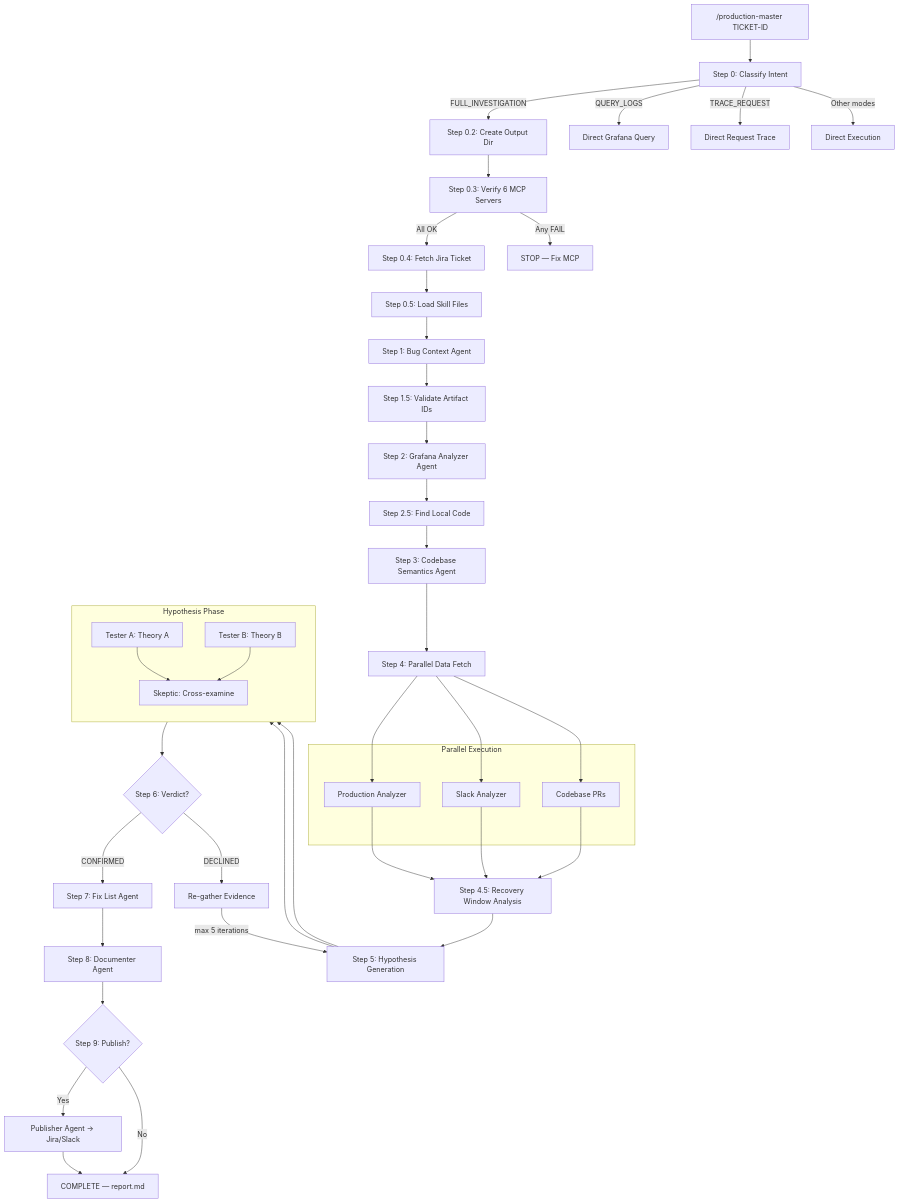
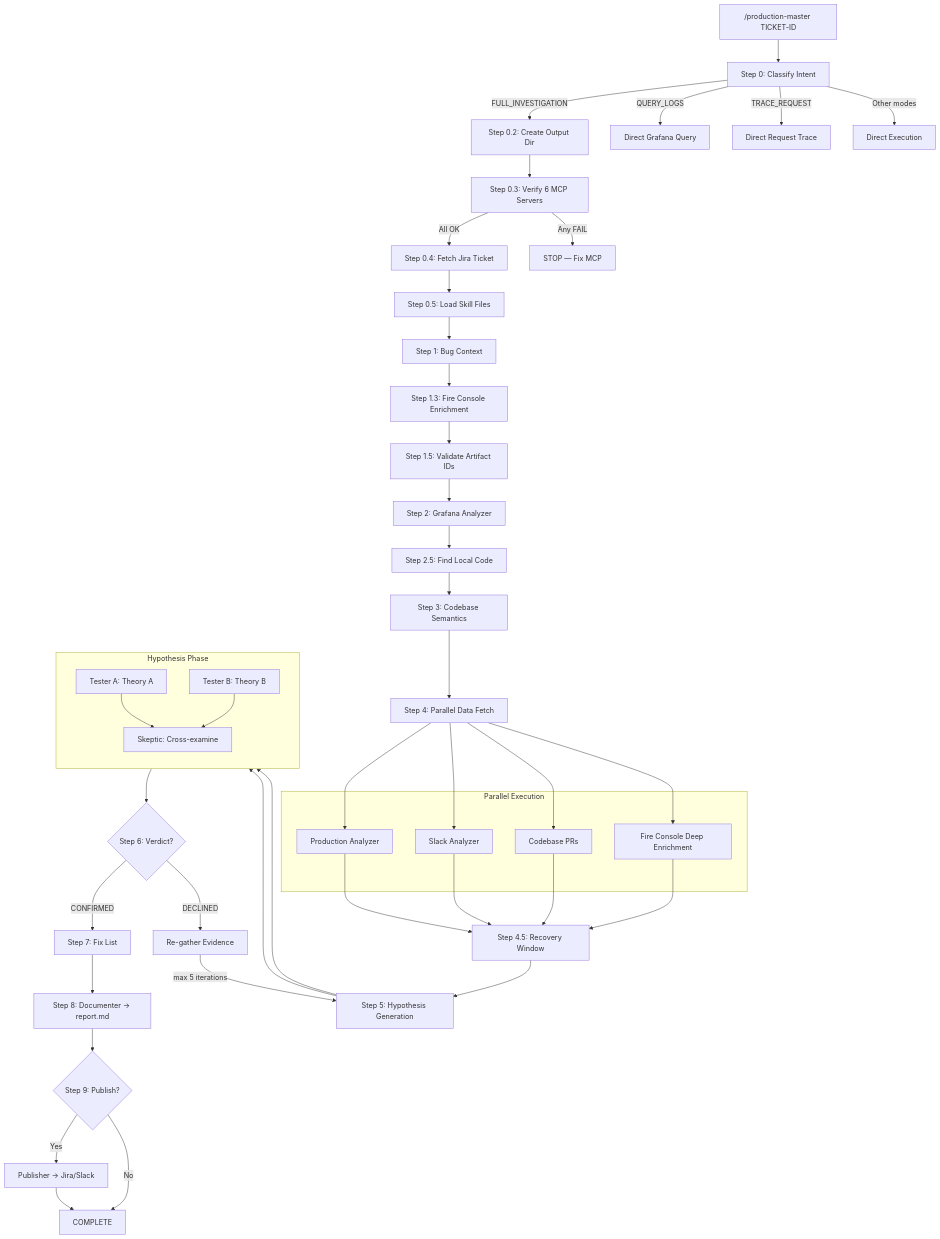
Before and after one commit to TamirCohen-Wix/production-master: the first of 2 diagrams in README.md, drawn with Mermaid. The commit also changed other lines of this file and 3 other files, not shown here.

````diff
--- a/README.md
+++ b/README.md
@@ -65,51 +137,53 @@
 ```mermaid
 flowchart TD
     START["/production-master TICKET-ID"] --> CLASSIFY["Step 0: Classify Intent"]
     CLASSIFY --> |FULL_INVESTIGATION| INIT["Step 0.2: Create Output Dir"]
     CLASSIFY --> |QUERY_LOGS| DIRECT_GRAFANA["Direct Grafana Query"]
     CLASSIFY --> |TRACE_REQUEST| DIRECT_TRACE["Direct Request Trace"]
     CLASSIFY --> |Other modes| DIRECT_OTHER["Direct Execution"]
 
     INIT --> MCP_CHECK["Step 0.3: Verify 6 MCP Servers"]
     MCP_CHECK --> |All OK| JIRA["Step 0.4: Fetch Jira Ticket"]
     MCP_CHECK --> |Any FAIL| STOP["STOP — Fix MCP"]
 
     JIRA --> SKILLS["Step 0.5: Load Skill Files"]
-    SKILLS --> BUG_CTX["Step 1: Bug Context Agent"]
-    BUG_CTX --> VALIDATE["Step 1.5: Validate Artifact IDs"]
-    VALIDATE --> GRAFANA["Step 2: Grafana Analyzer Agent"]
+    SKILLS --> BUG_CTX["Step 1: Bug Context"]
+    BUG_CTX --> ENRICH["Step 1.3: Fire Console Enrichment"]
+    ENRICH --> VALIDATE["Step 1.5: Validate Artifact IDs"]
+    VALIDATE --> GRAFANA["Step 2: Grafana Analyzer"]
     GRAFANA --> LOCAL["Step 2.5: Find Local Code"]
-    LOCAL --> CODEBASE["Step 3: Codebase Semantics Agent"]
+    LOCAL --> CODEBASE["Step 3: Codebase Semantics"]
 
     CODEBASE --> PARALLEL["Step 4: Parallel Data Fetch"]
 
     subgraph PARALLEL_BOX ["Parallel Execution"]
         PROD["Production Analyzer"]
         SLACK["Slack Analyzer"]
         CODE_PRS["Codebase PRs"]
+        FC["Fire Console Deep Enrichment"]
     end
-    PARALLEL --> PROD & SLACK & CODE_PRS
+    PARALLEL --> PROD & SLACK & CODE_PRS & FC
 
-    PROD & SLACK & CODE_PRS --> RECOVERY["Step 4.5: Recovery Window Analysis"]
+    PROD & SLACK & CODE_PRS & FC --> RECOVERY["Step 4.5: Recovery Window"]
     RECOVERY --> HYPOTHESIS["Step 5: Hypothesis Generation"]
 
     subgraph HYPO_BOX ["Hypothesis Phase"]
         direction TB
         HYPO_A["Tester A: Theory A"]
         HYPO_B["Tester B: Theory B"]
         SKEPTIC_V["Skeptic: Cross-examine"]
         HYPO_A & HYPO_B --> SKEPTIC_V
     end
     HYPOTHESIS --> HYPO_A & HYPO_B
 
     SKEPTIC_V --> DECISION{"Step 6: Verdict?"}
-    DECISION --> |CONFIRMED| FIX["Step 7: Fix List Agent"]
+    DECISION --> |CONFIRMED| FIX["Step 7: Fix List"]
     DECISION --> |DECLINED| REGATHER["Re-gather Evidence"]
     REGATHER --> |"max 5 iterations"| HYPOTHESIS
 
-    FIX --> DOC["Step 8: Documenter Agent"]
+    FIX --> DOC["Step 8: Documenter → report.md"]
     DOC --> PUB{"Step 9: Publish?"}
-    PUB --> |Yes| PUBLISHER["Publisher Agent → Jira/Slack"]
-    PUB --> |No| DONE["COMPLETE — report.md"]
+    PUB --> |Yes| PUBLISHER["Publisher → Jira/Slack"]
+    PUB --> |No| DONE["COMPLETE"]
     PUBLISHER --> DONE
 ```
````
